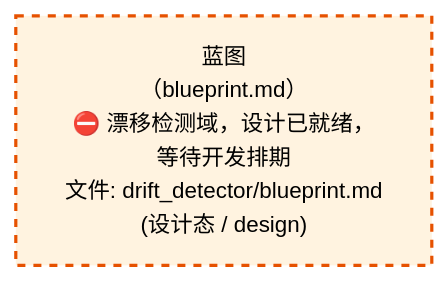
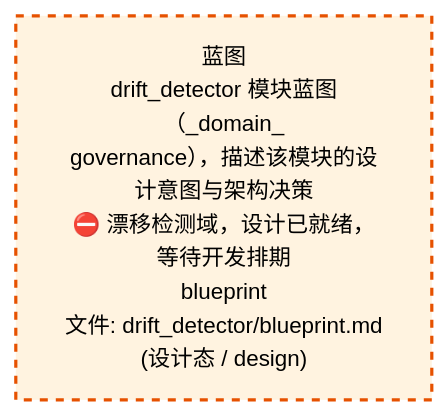
One commit to xuanFelixVan/ZephyrAlpha changed the third of 4 diagrams in docs/02_enterprise_architecture/02_domain_architecture_docs/52_d_gov_drift.md. Above: the diagram before and after it, drawn with Mermaid. The commit also changed other lines of this file and 63 other files, not shown here.

````diff
--- a/docs/02_enterprise_architecture/02_domain_architecture_docs/52_d_gov_drift.md
+++ b/docs/02_enterprise_architecture/02_domain_architecture_docs/52_d_gov_drift.md
@@ -457,10 +457,10 @@
 ```mermaid
 %%{init: {'theme': 'base', 'themeVariables': {'primaryColor': '#eaeaea', 'primaryTextColor': '#333333', 'primaryBorderColor': '#666666', 'lineColor': '#666666', 'secondaryColor': '#eaeaea', 'tertiaryColor': '#eaeaea', 'fontSize': '14px'}}}%%
 flowchart TD
-    docs_03_modules_domain_governance_drift_detector_blueprint_md["蓝图<br/>（blueprint.md）<br/>⛔ 漂移检测域，设计已就绪，等待开发排期<br/>文件: drift_detector/blueprint.md<br/>(设计态 / design)"]
+    docs_03_modules_domain_governance_drift_detector_blueprint_md["蓝图<br/>drift_detector 模块蓝图（_domain_<br/>governance），描述该模块的设计意图与架构决策<br/>⛔ 漂移检测域，设计已就绪，等待开发排期<br/>blueprint<br/>文件: drift_detector/blueprint.md<br/>(设计态 / design)"]
     classDef production fill:#e1f5fe,stroke:#01579b,stroke-width:2px,color:#000
     classDef design fill:#fff3e0,stroke:#e65100,stroke-width:2px,color:#000,stroke-dasharray: 5 5
     classDef external_prod fill:#e8f4fd,stroke:#0277bd,stroke-width:1px,color:#000
     classDef external_design fill:#fff8e7,stroke:#ef6c00,stroke-width:1px,color:#000,stroke-dasharray: 5 5
     class docs_03_modules_domain_governance_drift_detector_blueprint_md design
 ```
````
